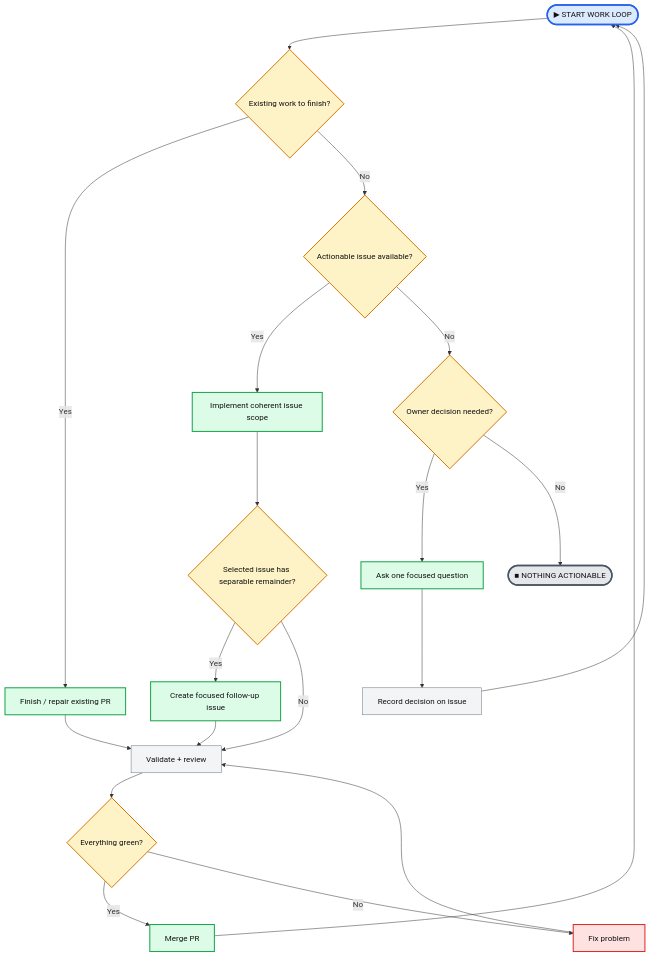
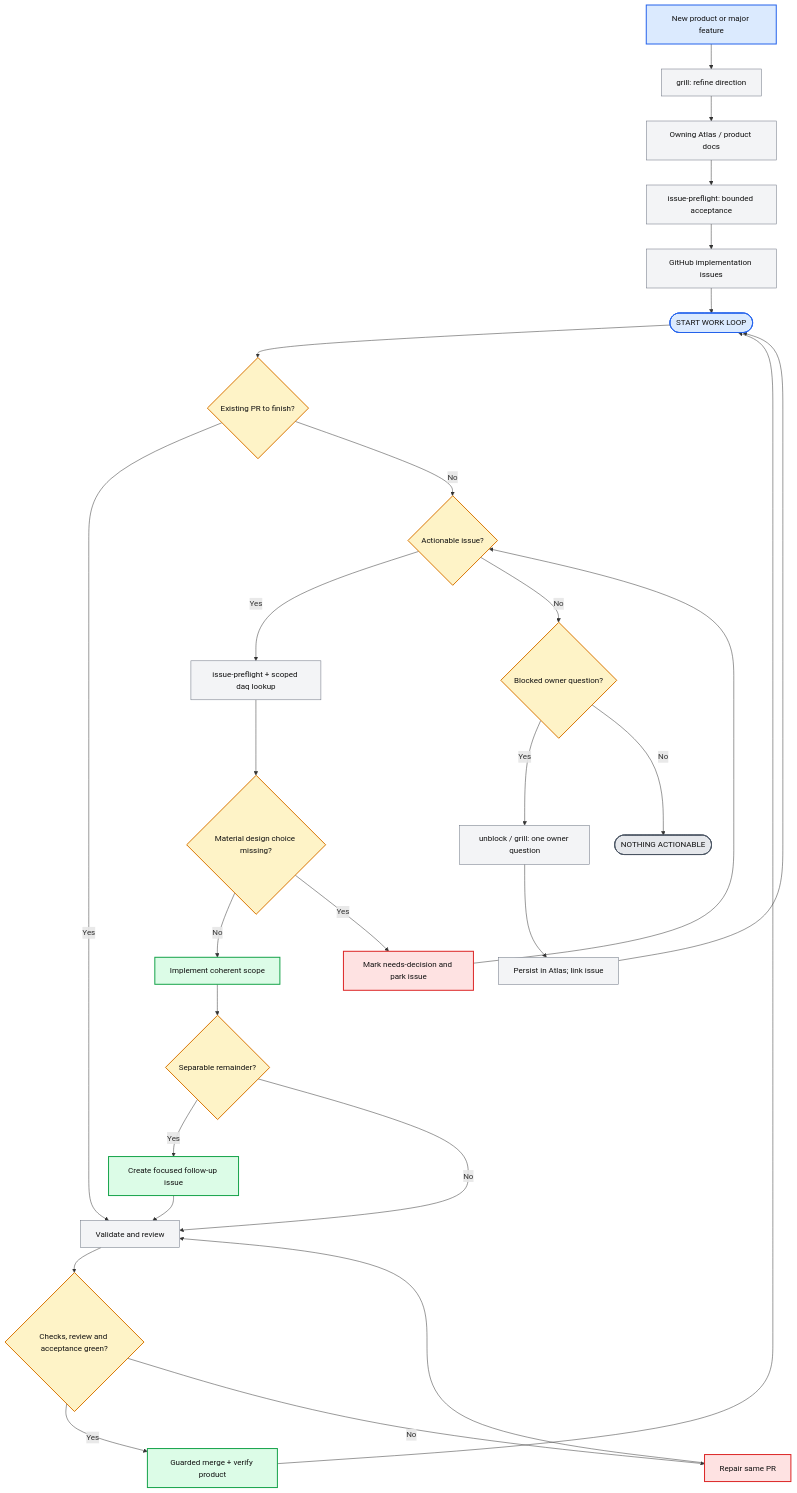
The diagram in README.md (moritzbrantner/dotfiles), drawn with Mermaid before and after one commit. The commit also changed other lines of this file and 5 other files, not shown here.

First line of the commit message:
docs: design-first grilling and Atlas handoffs across global agent skills (#33)

````diff
--- a/README.md
+++ b/README.md
@@ -58,42 +60,39 @@
 ```mermaid
 flowchart TD
-    START([▶ START WORK LOOP]):::start
+    IDEA[New product or major feature]:::start --> GRILL[grill: refine direction]:::action
+    GRILL --> ATLAS[Owning Atlas / product docs]:::action
+    ATLAS --> PREFLIGHT[issue-preflight: bounded acceptance]:::action
+    PREFLIGHT --> ISSUES[GitHub implementation issues]:::action
+    ISSUES --> START([START WORK LOOP]):::start
 
-    START --> EXISTING{Existing work to finish?}:::question
+    START --> EXISTING{Existing PR to finish?}:::question
+    EXISTING -->|Yes| VERIFY[Validate and review]:::action
+    EXISTING -->|No| ISSUE{Actionable issue?}:::question
+    ISSUE -->|Yes| INTENT[issue-preflight + scoped daq lookup]:::action
+    INTENT --> GAP{Material design choice missing?}:::question
+    GAP -->|No| IMPLEMENT[Implement coherent scope]:::yes
+    GAP -->|Yes| BLOCK[Mark needs-decision and park issue]:::no
+    BLOCK --> ISSUE
+    DECISION -->|Yes| ASK[unblock / grill: one owner question]:::action
+    ISSUE -->|No| DECISION{Blocked owner question?}:::question
+    DECISION -->|No| DONE([NOTHING ACTIONABLE]):::stop
+    ASK --> RECORD[Persist in Atlas; link issue]:::action
+    RECORD --> START
 
-    EXISTING -->|Yes| FINISH[Finish / repair existing PR]:::yes
-    EXISTING -->|No| ISSUE{Actionable issue available?}:::question
-
-    FINISH --> VERIFY[Validate + review]:::action
-
-    ISSUE -->|Yes| IMPLEMENT[Implement coherent issue scope]:::yes
-    ISSUE -->|No| DECISION{Owner decision needed?}:::question
-
-    IMPLEMENT --> EXTRA{Selected issue has separable remainder?}:::question
-
+    IMPLEMENT --> EXTRA{Separable remainder?}:::question
     EXTRA -->|Yes| FOLLOWUP[Create focused follow-up issue]:::yes
     EXTRA -->|No| VERIFY
-
     FOLLOWUP --> VERIFY
-
-    VERIFY --> PASS{Everything green?}:::question
-
-    PASS -->|Yes| MERGE[Merge PR]:::yes
-    PASS -->|No| FIX[Fix problem]:::no
-
+    VERIFY --> PASS{Checks, review and acceptance green?}:::question
+    PASS -->|Yes| MERGE[Guarded merge + verify product]:::yes
+    PASS -->|No| FIX[Repair same PR]:::no
     FIX --> VERIFY
     MERGE --> START
 
-    DECISION -->|Yes| ASK[Ask one focused question]:::yes
-    DECISION -->|No| DONE([■ NOTHING ACTIONABLE]):::stop
-
-    ASK --> RECORD[Record decision on issue]:::action
-    RECORD --> START
-
-    classDef start fill:#dbeafe,stroke:#2563eb,stroke-width:3px,color:#111;
-    classDef stop fill:#e5e7eb,stroke:#4b5563,stroke-width:3px,color:#111;
+    classDef start fill:#dbeafe,stroke:#2563eb,stroke-width:2px,color:#111;
+    classDef stop fill:#e5e7eb,stroke:#4b5563,stroke-width:2px,color:#111;
     classDef question fill:#fef3c7,stroke:#d97706,stroke-width:2px,color:#111;
     classDef yes fill:#dcfce7,stroke:#16a34a,stroke-width:2px,color:#111;
     classDef no fill:#fee2e2,stroke:#dc2626,stroke-width:2px,color:#111;
     classDef action fill:#f3f4f6,stroke:#6b7280,stroke-width:1px,color:#111;
 ```
````
